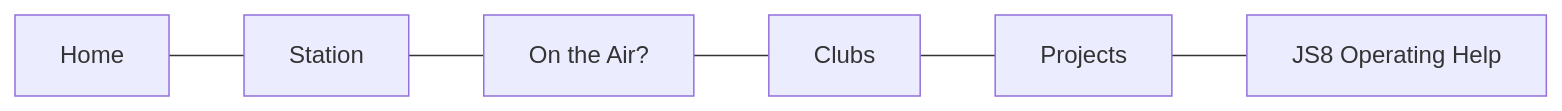
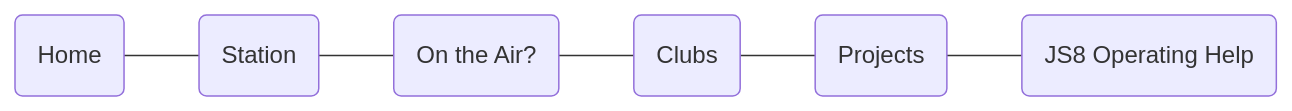
Before and after one commit to we4sel/we4sel.github.io: the diagram in constructor.md.md, drawn with Mermaid. The commit also changed other lines of this file, not shown here.

Commit message:
constructor.md.md updated from https://stackedit.io/

````diff
--- a/constructor.md.md
+++ b/constructor.md.md
@@ -3,10 +3,10 @@
 ```mermaid
 graph LR
-a[Home] --- b[Station]
-b---c[On the Air?]
-c--- d[Clubs] 
-d--- e[Projects]
-e---f[JS8 Operating Help]
+a(Home) --- b(Station)
+b---c(On the Air?)
+c--- d(Clubs) 
+d--- e(Projects)
+e---f(JS8 Operating Help)
 
 
 ```
````
